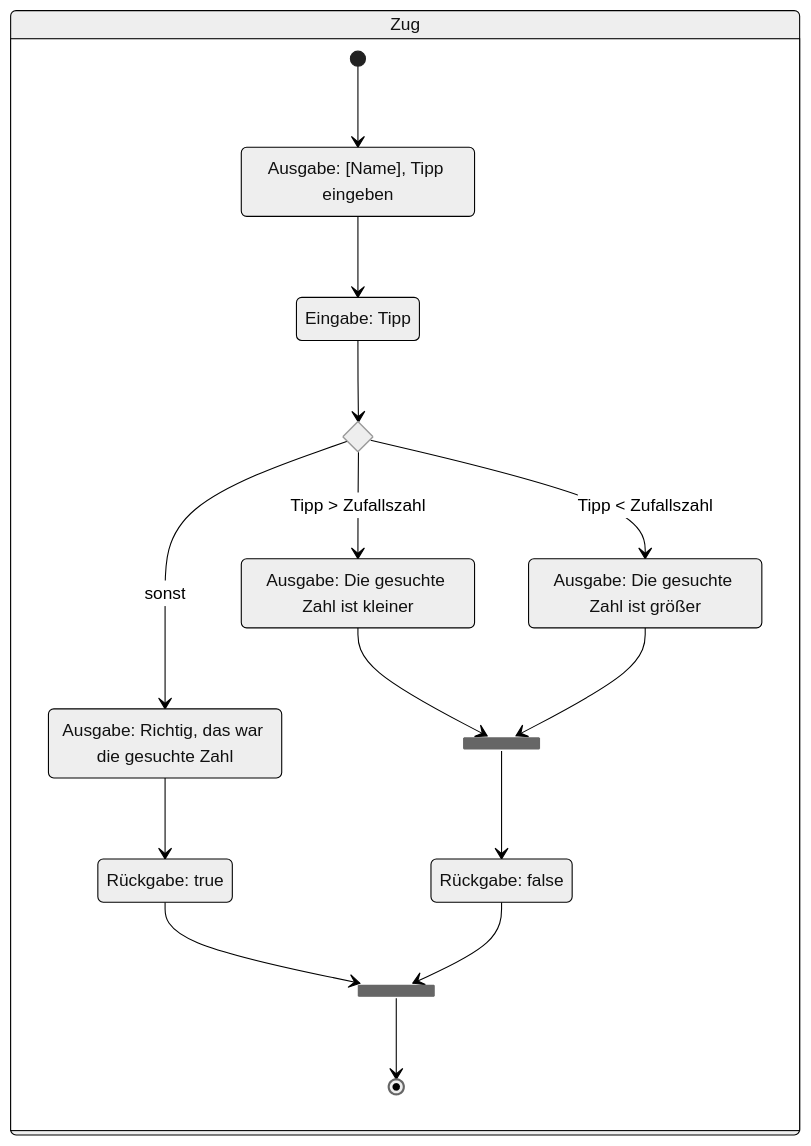
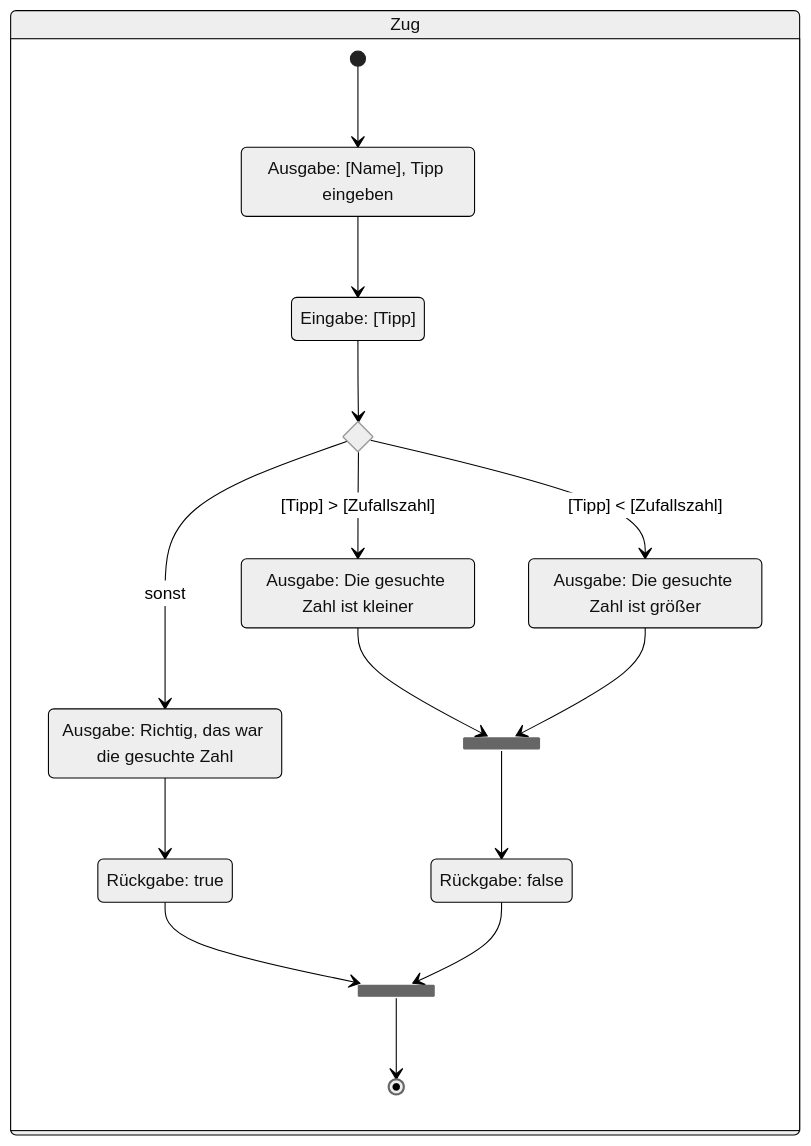
One commit to jappuccini/java-docs changed the fourth of 4 diagrams in docs/exercises/activity-diagrams/activity-diagrams01.mdx. Above: the diagram before and after it, drawn with Mermaid (neutral theme). The commit also changed other lines of this file and 5 other files, not shown here.

````diff
--- a/docs/exercises/activity-diagrams/activity-diagrams01.mdx
+++ b/docs/exercises/activity-diagrams/activity-diagrams01.mdx
@@ -73,30 +73,30 @@
 ```mermaid
 stateDiagram-v2
     state "Ausgabe: [Name], Tipp eingeben" as state1
-    state "Eingabe: Tipp" as state2
+    state "Eingabe: [Tipp]" as state2
     state "Ausgabe: Richtig, das war die gesuchte Zahl" as state3
     state "Rückgabe: true" as state4
     state "Ausgabe: Die gesuchte Zahl ist kleiner" as state5
     state "Ausgabe: Die gesuchte Zahl ist größer" as state6
     state "Rückgabe: false" as state7
 
     state if1 <<choice>>
     state fork1 <<fork>>
     state fork2 <<fork>>
 
     state "Zug" as move {
         [*] --> state1
         state1 --> state2
         state2 --> if1
         if1 --> state3: sonst
-        if1 --> state5: Tipp > Zufallszahl
-        if1 --> state6: Tipp < Zufallszahl
+        if1 --> state5: [Tipp] > [Zufallszahl]
+        if1 --> state6: [Tipp] < [Zufallszahl]
         state3 --> state4
         state4 --> fork2
         state5 --> fork1
         state6 --> fork1
         fork1 --> state7
         state7 --> fork2
         fork2 --> [*]
     }
 ```
````
